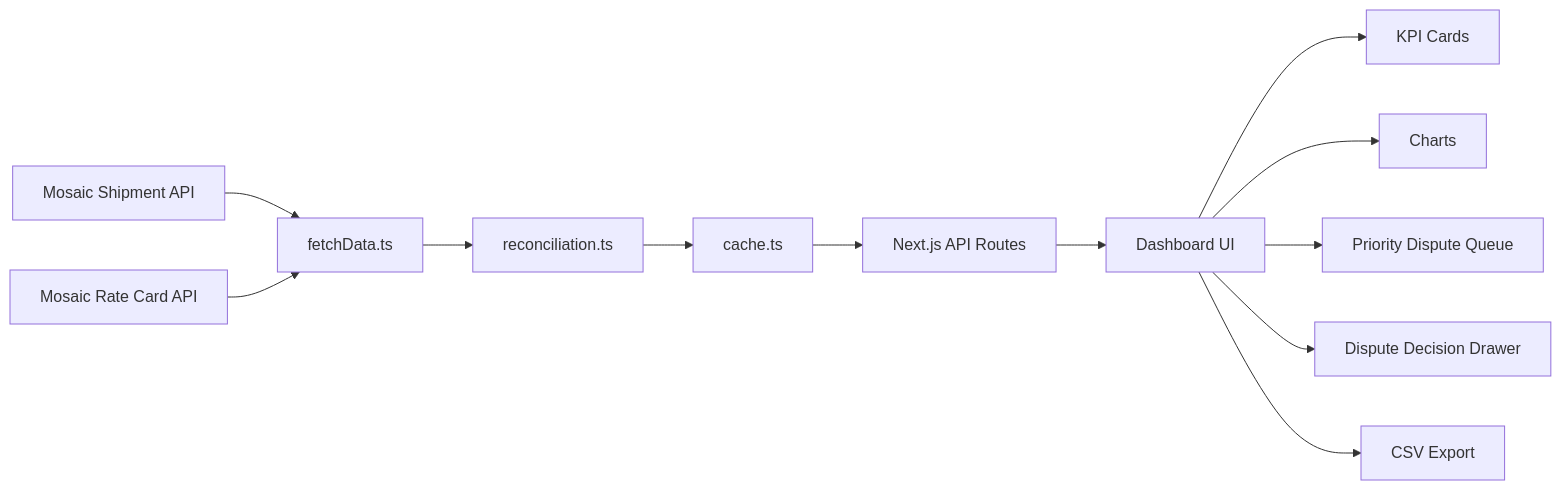
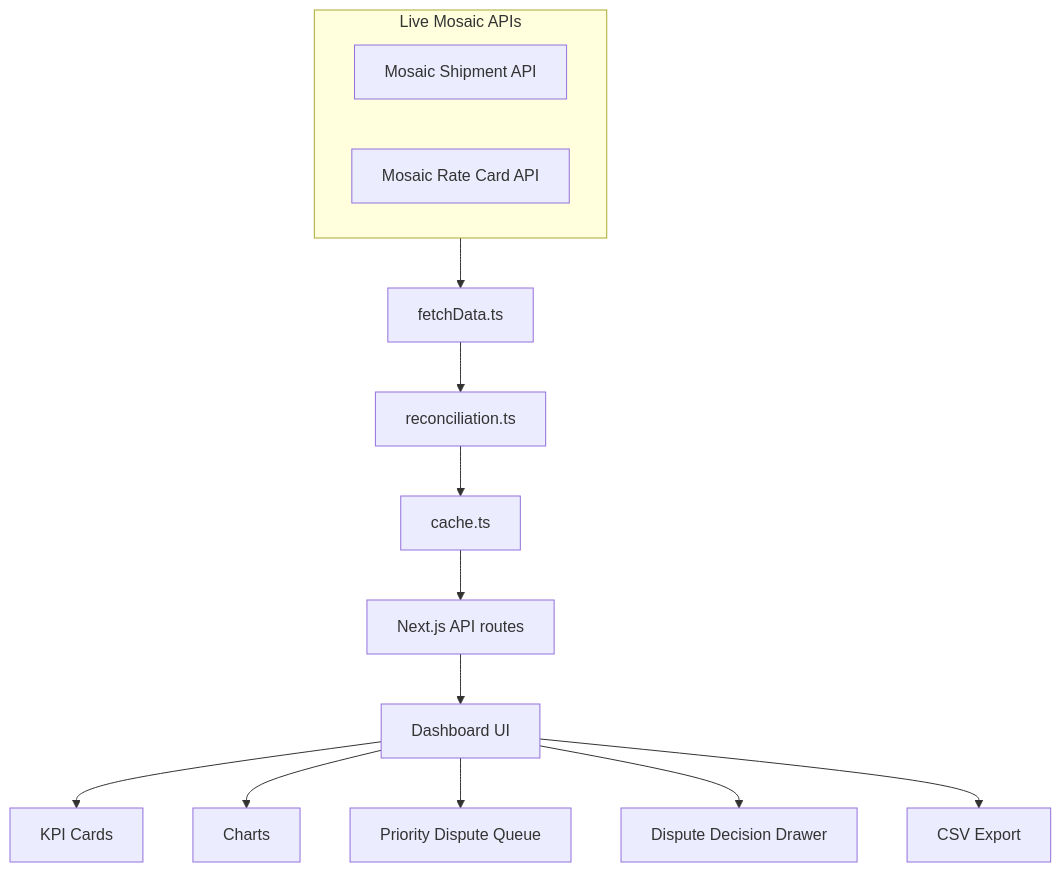
Before and after one commit to karnapatel26/mosaic-logistics-auditor-copy-3: the diagram in ARCHITECTURE.md, drawn with Mermaid. The commit also changed other lines of this file and 2 other files, not shown here.

````diff
--- a/ARCHITECTURE.md
+++ b/ARCHITECTURE.md
@@ -40,14 +40,19 @@
 ```mermaid
-flowchart LR
-  Shipments["Mosaic Shipment API"] --> Fetch["fetchData.ts"]
-  RateCard["Mosaic Rate Card API"] --> Fetch
+flowchart TD
+  subgraph Sources["Live Mosaic APIs"]
+    Shipments["Mosaic Shipment API"]
+    RateCard["Mosaic Rate Card API"]
+  end
+
+  Sources --> Fetch["fetchData.ts"]
   Fetch --> Reconcile["reconciliation.ts"]
   Reconcile --> Cache["cache.ts"]
-  Cache --> Api["Next.js API Routes"]
+  Cache --> Api["Next.js API routes"]
   Api --> Dashboard["Dashboard UI"]
+
   Dashboard --> Kpis["KPI Cards"]
   Dashboard --> Charts["Charts"]
   Dashboard --> Queue["Priority Dispute Queue"]
   Dashboard --> Drawer["Dispute Decision Drawer"]
   Dashboard --> Csv["CSV Export"]
 ```
````
